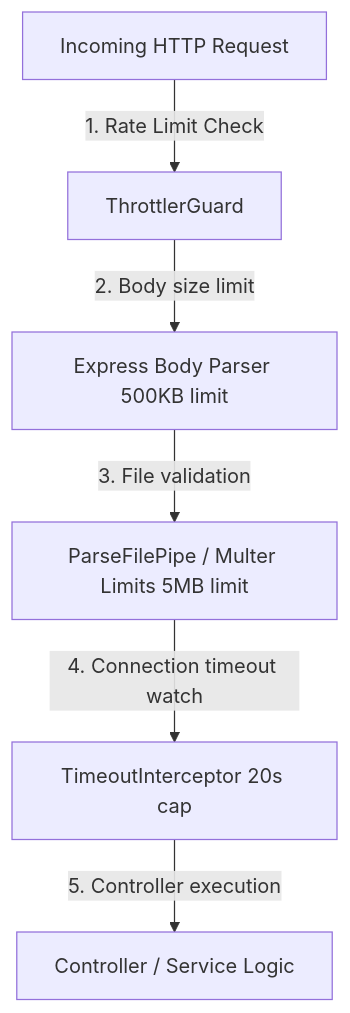
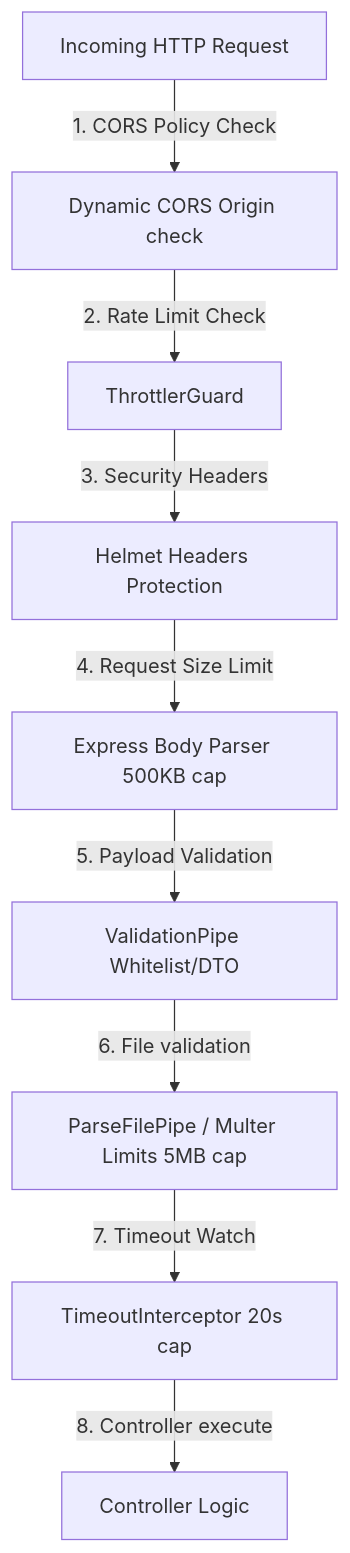
One commit to biasedzeus/nest-basics changed the diagram in docs/SECURITY.md. Above: the diagram before and after it, drawn with Mermaid. The commit also changed other lines of this file and 12 other files, not shown here.

Commit message:
feat: add cors and helmet

````diff
--- a/docs/SECURITY.md
+++ b/docs/SECURITY.md
@@ -9,8 +9,11 @@
 ```mermaid
 graph TD
-    Request[Incoming HTTP Request] -->|1. Rate Limit Check| ThrottlerGuard[ThrottlerGuard]
-    ThrottlerGuard -->|2. Body size limit| ExpressBodyParser[Express Body Parser 500KB limit]
-    ExpressBodyParser -->|3. File validation| ParseFilePipe[ParseFilePipe / Multer Limits 5MB limit]
-    ParseFilePipe -->|4. Connection timeout watch| TimeoutInterceptor[TimeoutInterceptor 20s cap]
-    TimeoutInterceptor -->|5. Controller execution| Controller[Controller / Service Logic]
+    Request[Incoming HTTP Request] -->|1. CORS Policy Check| Cors[Dynamic CORS Origin check]
+    Cors -->|2. Rate Limit Check| ThrottlerGuard[ThrottlerGuard]
+    ThrottlerGuard -->|3. Security Headers| Helmet[Helmet Headers Protection]
+    Helmet -->|4. Request Size Limit| ExpressBodyParser[Express Body Parser 500KB cap]
+    ExpressBodyParser -->|5. Payload Validation| ValidationPipe[ValidationPipe Whitelist/DTO]
+    ValidationPipe -->|6. File validation| ParseFilePipe[ParseFilePipe / Multer Limits 5MB cap]
+    ParseFilePipe -->|7. Timeout Watch| TimeoutInterceptor[TimeoutInterceptor 20s cap]
+    TimeoutInterceptor -->|8. Controller execute| Controller[Controller Logic]
 ```
````
